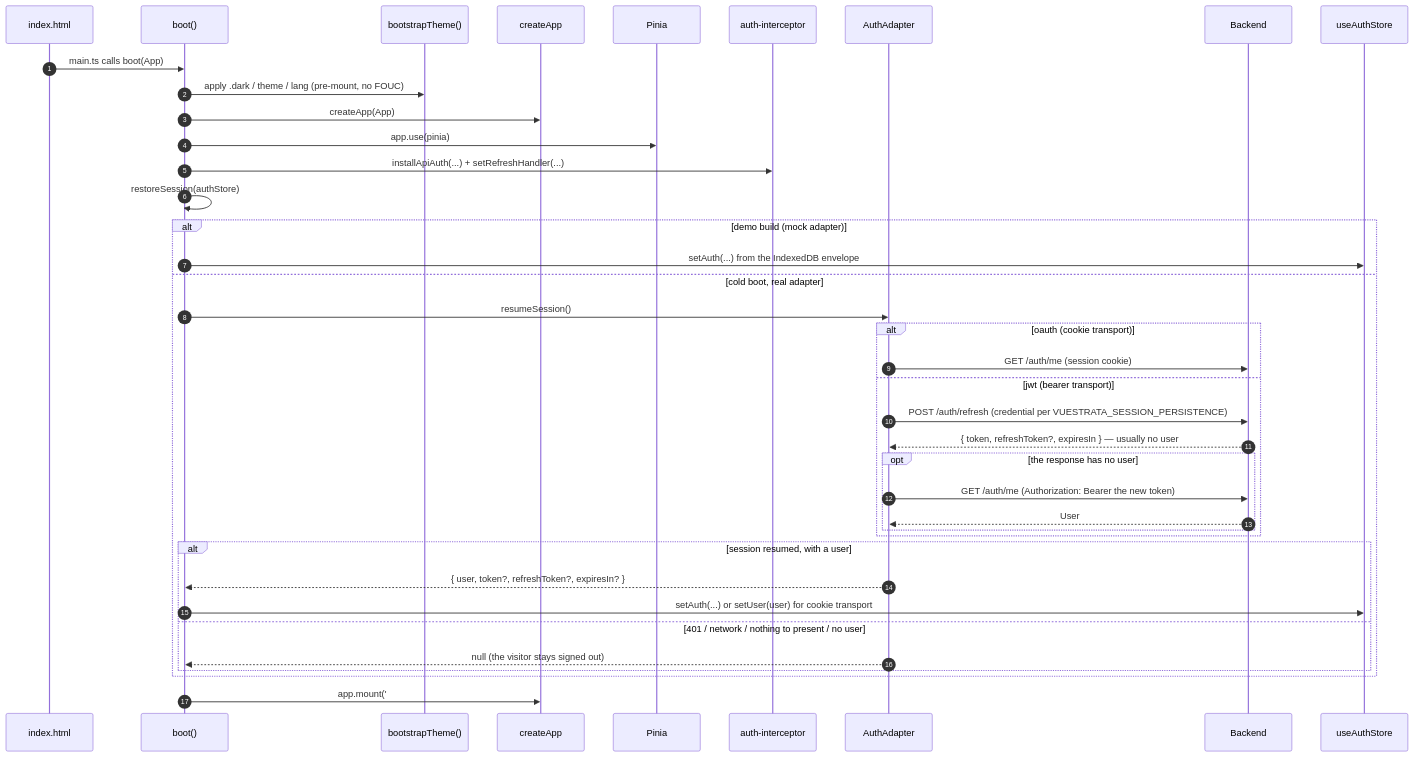
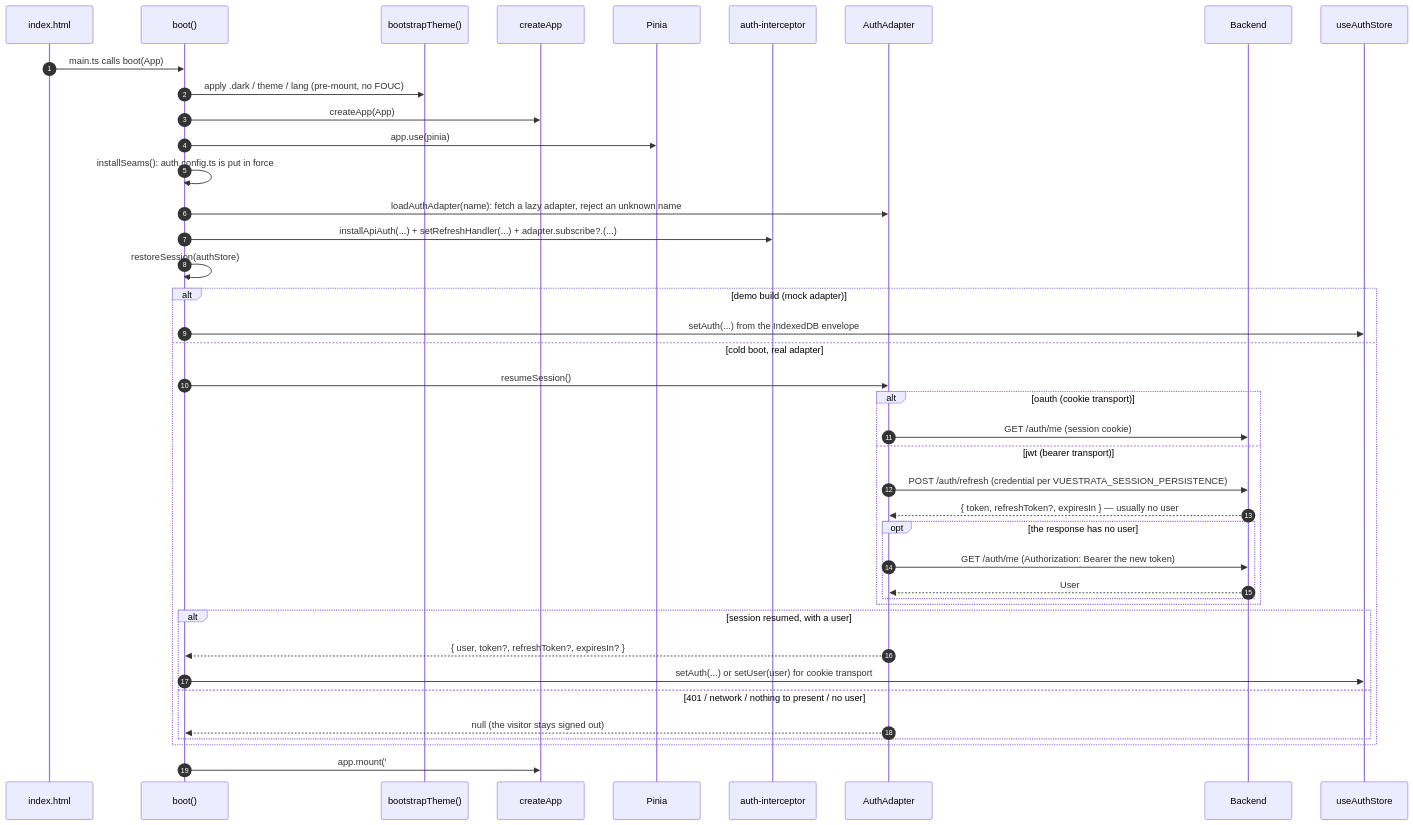
The tenth of 14 diagrams in docs/6.configuration/3.auth-deep-dive.md (boussadjra/vuestrata), drawn with Mermaid before and after one commit. The commit also changed other lines of this file and 8 other files, not shown here.

````diff
--- a/docs/6.configuration/3.auth-deep-dive.md
+++ b/docs/6.configuration/3.auth-deep-dive.md
@@ -938,42 +990,44 @@
 ```mermaid
 sequenceDiagram
   autonumber
   participant HTML as index.html
   participant Main as boot()
   participant Boot as bootstrapTheme()
   participant App as createApp
   participant Pinia
   participant Int as auth-interceptor
   participant Adapter as AuthAdapter
   participant API as Backend
   participant Store as useAuthStore
 
   HTML->>Main: main.ts calls boot(App)
   Main->>Boot: apply .dark / theme / lang (pre-mount, no FOUC)
   Main->>App: createApp(App)
   Main->>Pinia: app.use(pinia)
-  Main->>Int: installApiAuth(...) + setRefreshHandler(...)
+  Main->>Main: installSeams(): auth.config.ts is put in force
+  Main->>Adapter: loadAuthAdapter(name): fetch a lazy adapter, reject an unknown name
+  Main->>Int: installApiAuth(...) + setRefreshHandler(...) + adapter.subscribe?.(...)
   Main->>Main: restoreSession(authStore)
   alt demo build (mock adapter)
     Main->>Store: setAuth(...) from the IndexedDB envelope
   else cold boot, real adapter
     Main->>Adapter: resumeSession()
     alt oauth (cookie transport)
       Adapter->>API: GET /auth/me (session cookie)
     else jwt (bearer transport)
       Adapter->>API: POST /auth/refresh (credential per VUESTRATA_SESSION_PERSISTENCE)
       API-->>Adapter: { token, refreshToken?, expiresIn } — usually no user
       opt the response has no user
         Adapter->>API: GET /auth/me (Authorization: Bearer the new token)
         API-->>Adapter: User
       end
     end
     alt session resumed, with a user
       Adapter-->>Main: { user, token?, refreshToken?, expiresIn? }
       Main->>Store: setAuth(...) or setUser(user) for cookie transport
     else 401 / network / nothing to present / no user
       Adapter-->>Main: null (the visitor stays signed out)
     end
   end
   Main->>App: app.mount('#app')
 ```
````
